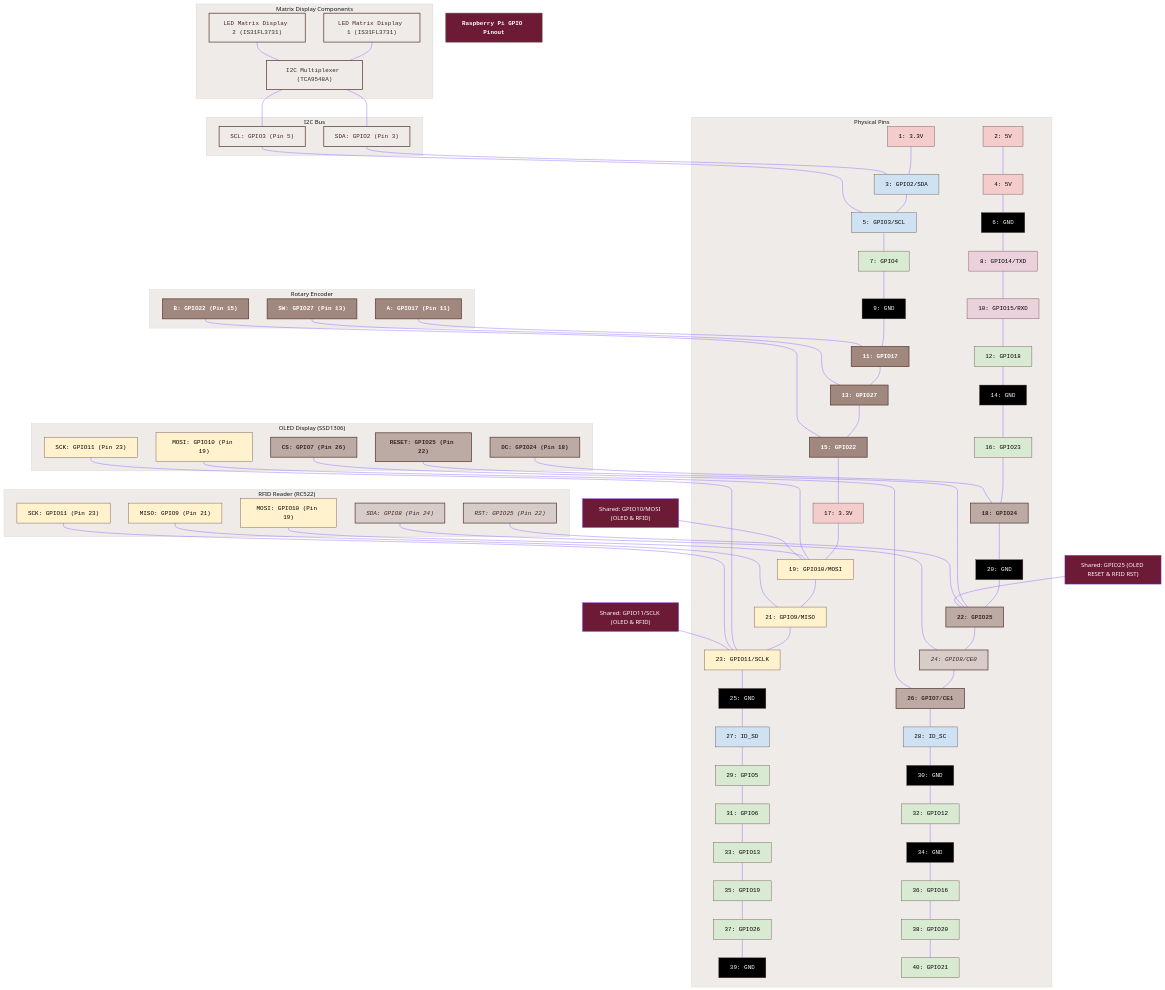
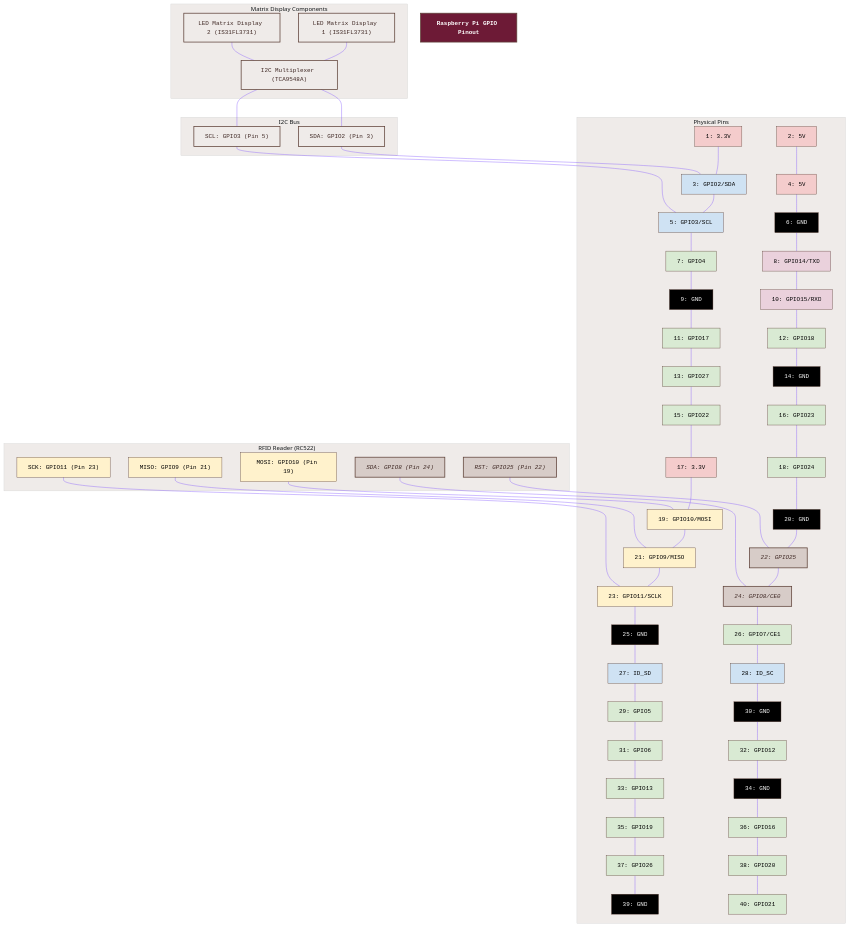
The diagram in SETUP_INSTRUCTIONS.md (declanshanaghy/gwent), drawn with Mermaid before and after one commit. The commit also changed other lines of this file and 30 other files, not shown here.

````diff
--- a/SETUP_INSTRUCTIONS.md
+++ b/SETUP_INSTRUCTIONS.md
@@ -96,9 +90,9 @@
         p3 --- p5["5: GPIO3/SCL"]:::i2c
         p5 --- p7["7: GPIO4"]:::gpio
         p7 --- p9["9: GND"]:::ground
-        p9 --- p11["11: GPIO17"]:::rotary
-        p11 --- p13["13: GPIO27"]:::rotary
-        p13 --- p15["15: GPIO22"]:::rotary
+        p9 --- p11["11: GPIO17"]:::gpio
+        p11 --- p13["13: GPIO27"]:::gpio
+        p13 --- p15["15: GPIO22"]:::gpio
         p15 --- p17["17: 3.3V"]:::power
         p17 --- p19["19: GPIO10/MOSI"]:::spi
         p19 --- p21["21: GPIO9/MISO"]:::spi
@@ -120,11 +114,11 @@
         p10 --- p12["12: GPIO18"]:::gpio
         p12 --- p14["14: GND"]:::ground
         p14 --- p16["16: GPIO23"]:::gpio
-        p16 --- p18["18: GPIO24"]:::oled
+        p16 --- p18["18: GPIO24"]:::gpio
         p18 --- p20["20: GND"]:::ground
-        p20 --- p22["22: GPIO25"]:::oled
+        p20 --- p22["22: GPIO25"]:::rfid
         p22 --- p24["24: GPIO8/CE0"]:::rfid
-        p24 --- p26["26: GPIO7/CE1"]:::oled
+        p24 --- p26["26: GPIO7/CE1"]:::gpio
         p26 --- p28["28: ID_SC"]:::i2c
         p28 --- p30["30: GND"]:::ground
         p30 --- p32["32: GPIO12"]:::gpio
@@ -135,20 +129,6 @@
     end
     
     %% Component groupings
-    subgraph rotary_encoder["Rotary Encoder"]
-        rotary_a["A: GPIO17 (Pin 11)"]:::rotary
-        rotary_b["B: GPIO22 (Pin 15)"]:::rotary
-        rotary_sw["SW: GPIO27 (Pin 13)"]:::rotary
-    end
-    
-    subgraph oled_display["OLED Display (SSD1306)"]
-        oled_dc["DC: GPIO24 (Pin 18)"]:::oled
-        oled_reset["RESET: GPIO25 (Pin 22)"]:::oled
-        oled_cs["CS: GPIO7 (Pin 26)"]:::oled
-        oled_mosi["MOSI: GPIO10 (Pin 19)"]:::spi
-        oled_sck["SCK: GPIO11 (Pin 23)"]:::spi
-    end
-    
     subgraph rfid_reader["RFID Reader (RC522)"]
         rfid_sda["SDA: GPIO8 (Pin 24)"]:::rfid
         rfid_miso["MISO: GPIO9 (Pin 21)"]:::spi
@@ -169,16 +149,6 @@
     end
     
     %% Connect components to pins
-    rotary_a --- p11
-    rotary_b --- p15
-    rotary_sw --- p13
-    
-    oled_dc --- p18
-    oled_reset --- p22
-    oled_cs --- p26
-    oled_mosi --- p19
-    oled_sck --- p23
-    
     rfid_sda --- p24
     rfid_miso --- p21
     rfid_mosi --- p19
@@ -193,13 +163,4 @@
     matrix_multiplexer --- i2c_scl
     matrix_display1 --- matrix_multiplexer
     matrix_display2 --- matrix_multiplexer
-    
-    %% Shared connections callouts
-    shared1["Shared: GPIO25 (OLED RESET & RFID RST)"]
-    shared2["Shared: GPIO10/MOSI (OLED & RFID)"]
-    shared3["Shared: GPIO11/SCLK (OLED & RFID)"]
-    
-    shared1 --- p22
-    shared2 --- p19
-    shared3 --- p23
 ```
````
